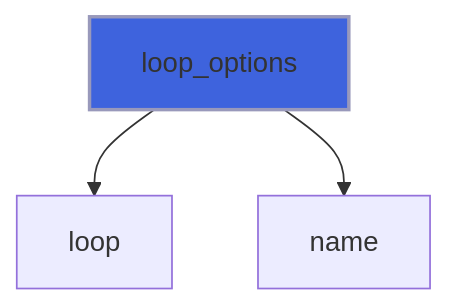
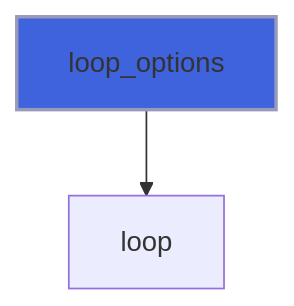
One commit to szaghi/FiNeR changed diagram 24 of 24 in docs/api/src/lib/finer_file_ini_t.md. Above: the diagram before and after it, drawn with Mermaid. The commit also changed other lines of this file and 199 other files, not shown here.

````diff
--- a/docs/api/src/lib/finer_file_ini_t.md
+++ b/docs/api/src/lib/finer_file_ini_t.md
@@ -780,6 +925,5 @@
 ```mermaid
 flowchart TD
   loop_options["loop_options"] --> loop["loop"]
-  loop_options["loop_options"] --> name["name"]
   style loop_options fill:#3e63dd,stroke:#99b,stroke-width:2px
 ```
````
